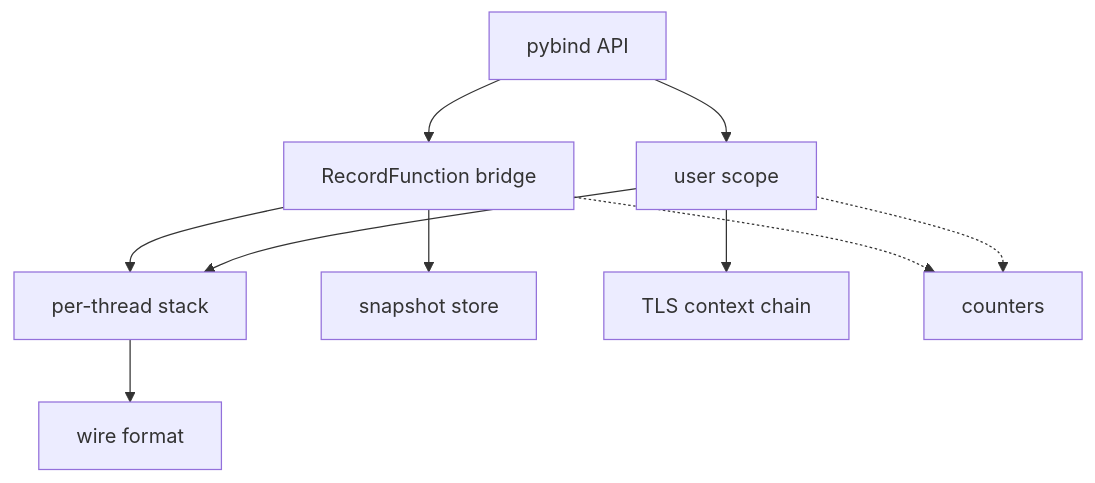
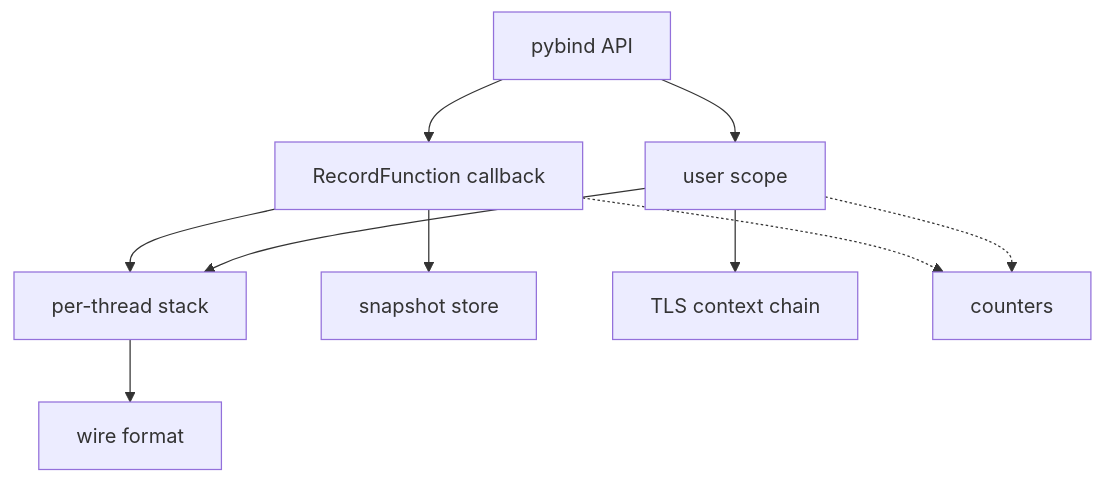
Before and after one commit to ROCm/rocm-systems: the second of 8 diagrams in projects/rocprofiler-compute/docs/design/lld-torch-trace-collector.md, drawn with Mermaid. The commit also changed other lines of this file and 1 other file, not shown here.

````diff
--- a/projects/rocprofiler-compute/docs/design/lld-torch-trace-collector.md
+++ b/projects/rocprofiler-compute/docs/design/lld-torch-trace-collector.md
@@ -75,12 +79,12 @@
 ```mermaid
 flowchart TD
-    api[pybind API] --> bridge[RecordFunction bridge]
+    api[pybind API] --> bridge[RecordFunction callback]
     api --> scope[user scope]
     bridge --> stack[per-thread stack]
     scope --> stack
     bridge --> snaps[snapshot store]
     scope --> chain[TLS context chain]
     stack --> wire[wire format]
     bridge -.-> stats[counters]
     scope -.-> stats
 ```
````
